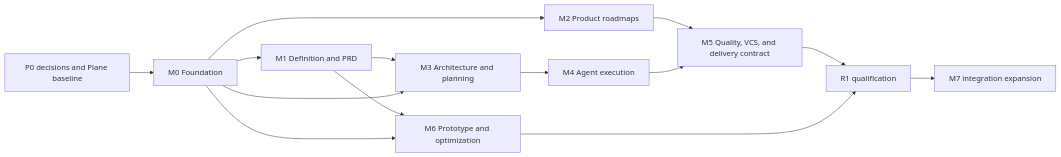
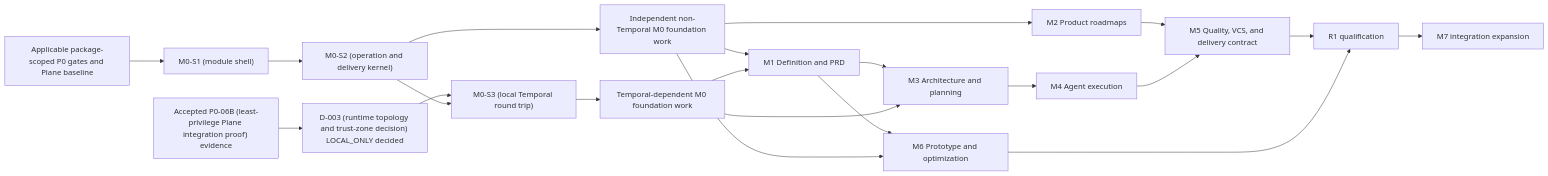
Before and after one commit to faocampo/curve: the diagram in docs/technical/development-plan.md, drawn with Mermaid. The commit also changed other lines of this file and 23 other files, not shown here.

Commit message:
Define local Temporal proof controls (#3)

````diff
--- a/docs/technical/development-plan.md
+++ b/docs/technical/development-plan.md
@@ -43,16 +44,23 @@
 ```mermaid
 flowchart LR
-    decisions["P0 decisions and Plane baseline"] --> m0["M0 Foundation"]
-    m0 --> m1["M1 Definition and PRD"]
-    m0 --> m2["M2 Product roadmaps"]
+    foundation["Applicable package-scoped P0 gates and Plane baseline"] --> s1["M0-S1 (module shell)"]
+    s1 --> s2["M0-S2 (operation and delivery kernel)"]
+    s2 --> m0_independent["Independent non-Temporal M0 foundation work"]
+    p006b["Accepted P0-06B (least-privilege Plane integration proof) evidence"] --> d003["D-003 (runtime topology and trust-zone decision) LOCAL_ONLY decided"]
+    d003 --> s3["M0-S3 (local Temporal round trip)"]
+    s2 --> s3
+    s3 --> m0_temporal["Temporal-dependent M0 foundation work"]
+    m0_independent --> m1["M1 Definition and PRD"]
+    m0_temporal --> m1
+    m0_independent --> m2["M2 Product roadmaps"]
     m1 --> m3["M3 Architecture and planning"]
-    m0 --> m3
+    m0_temporal --> m3
     m3 --> m4["M4 Agent execution"]
     m2 --> m5["M5 Quality, VCS, and delivery contract"]
     m4 --> m5
     m1 --> m6["M6 Prototype and optimization"]
-    m0 --> m6
+    m0_independent --> m6
     m5 --> r1["R1 qualification"]
     m6 --> r1
     r1 --> m7["M7 integration expansion"]
 ```
````
